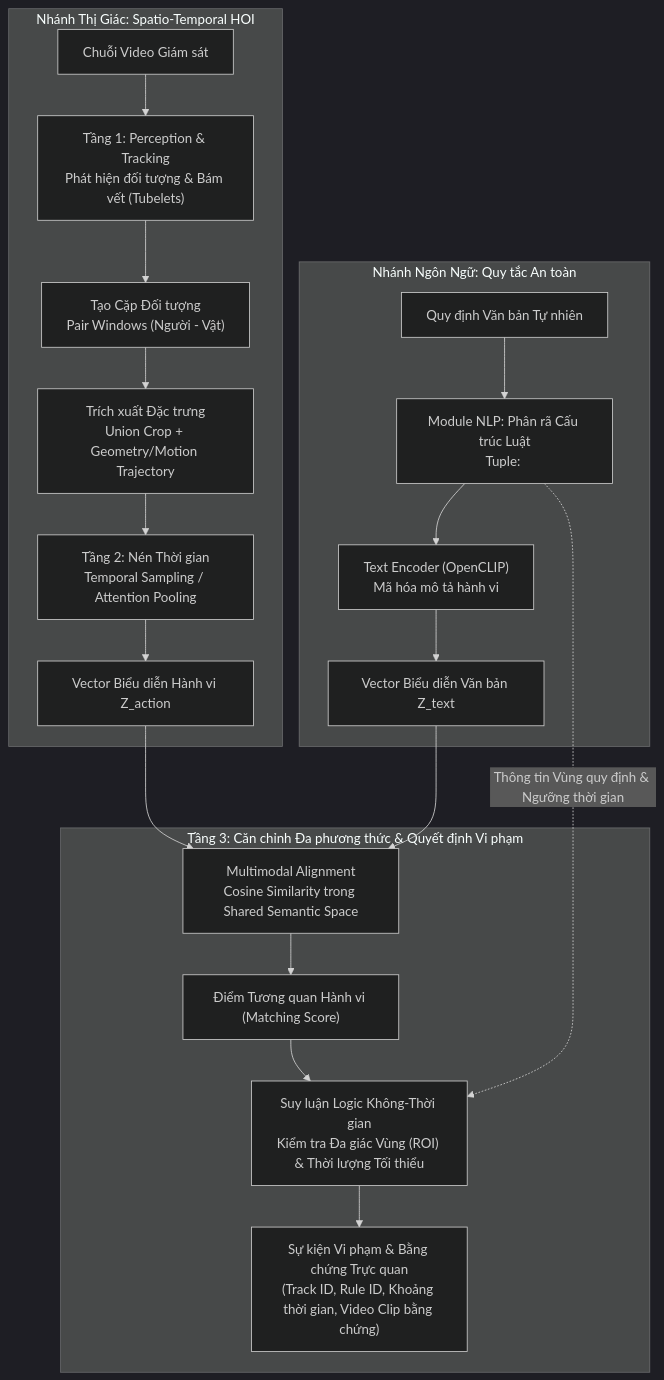
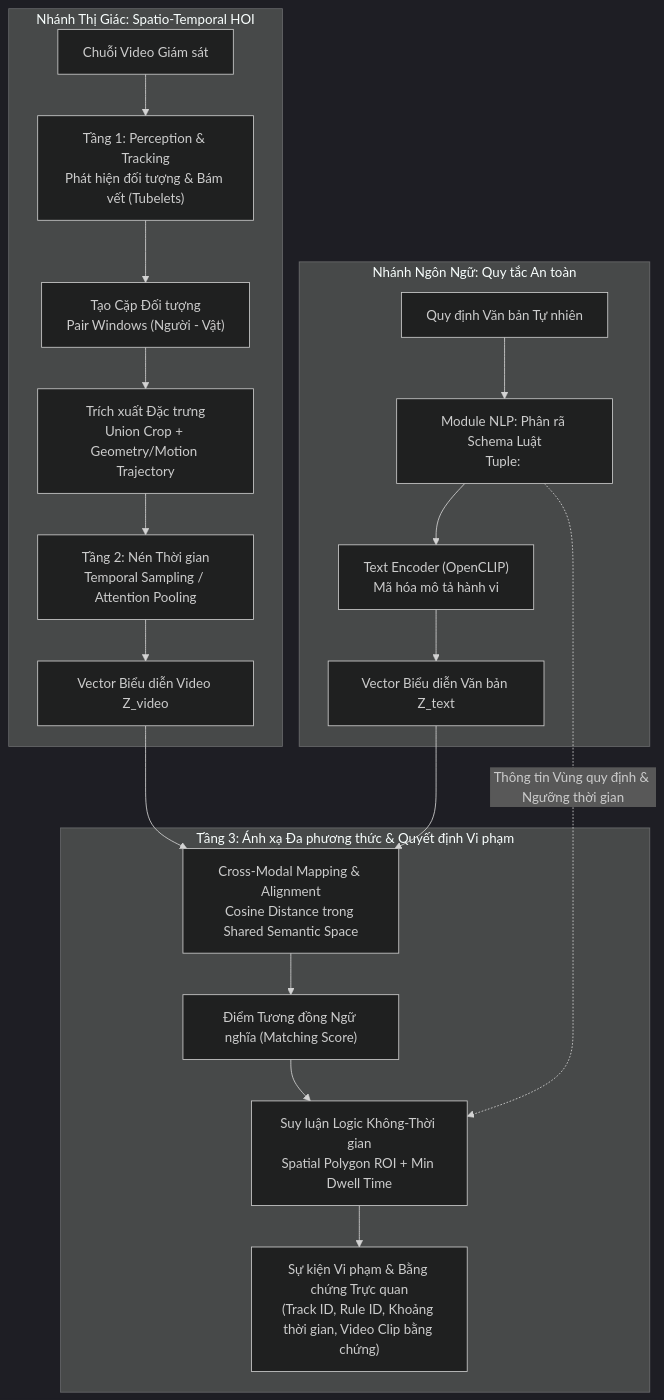
Before and after one commit to phunh1901/temporal-hoi-video-text-matching: the diagram in README.md, drawn with Mermaid (dark theme). The commit also changed other lines of this file and 1 other file, not shown here.

````diff
--- a/README.md
+++ b/README.md
@@ -33,24 +44,24 @@
 ```mermaid
 flowchart TD
     subgraph VisionBranch["Nhánh Thị Giác: Spatio-Temporal HOI"]
         V["Chuỗi Video Giám sát"] --> P["Tầng 1: Perception & Tracking<br/>Phát hiện đối tượng & Bám vết (Tubelets)"]
         P --> H["Tạo Cặp Đối tượng<br/>Pair Windows (Người - Vật)"]
         H --> F["Trích xuất Đặc trưng<br/>Union Crop + Geometry/Motion Trajectory"]
         F --> T["Tầng 2: Nén Thời gian<br/>Temporal Sampling / Attention Pooling"]
-        T --> ZV["Vector Biểu diễn Hành vi Z_action"]
+        T --> ZV["Vector Biểu diễn Video Z_video"]
     end
 
     subgraph LanguageBranch["Nhánh Ngôn Ngữ: Quy tắc An toàn"]
-        R["Quy định Văn bản Tự nhiên"] --> NLP["Module NLP: Phân rã Cấu trúc Luật<br/>Tuple: <Subject, Action, Object, Zone, Duration>"]
+        R["Quy định Văn bản Tự nhiên"] --> NLP["Module NLP: Phân rã Schema Luật<br/>Tuple: <Subject, Action, Object, Zone, Duration>"]
         NLP --> TE["Text Encoder (OpenCLIP)<br/>Mã hóa mô tả hành vi"]
         TE --> ZT["Vector Biểu diễn Văn bản Z_text"]
     end
 
-    subgraph DecisionBranch["Tầng 3: Căn chỉnh Đa phương thức & Quyết định Vi phạm"]
-        ZV & ZT --> AL["Multimodal Alignment<br/>Cosine Similarity trong Shared Semantic Space"]
-        AL --> M["Điểm Tương quan Hành vi (Matching Score)"]
-        M --> D["Suy luận Logic Không-Thời gian<br/>Kiểm tra Đa giác Vùng (ROI) & Thời lượng Tối thiểu"]
+    subgraph DecisionBranch["Tầng 3: Ánh xạ Đa phương thức & Quyết định Vi phạm"]
+        ZV & ZT --> AL["Cross-Modal Mapping & Alignment<br/>Cosine Distance trong Shared Semantic Space"]
+        AL --> M["Điểm Tương đồng Ngữ nghĩa (Matching Score)"]
+        M --> D["Suy luận Logic Không-Thời gian<br/>Spatial Polygon ROI + Min Dwell Time"]
         NLP -.->|Thông tin Vùng quy định & Ngưỡng thời gian| D
         D --> OUT["Sự kiện Vi phạm & Bằng chứng Trực quan<br/>(Track ID, Rule ID, Khoảng thời gian, Video Clip bằng chứng)"]
     end
 ```
````
